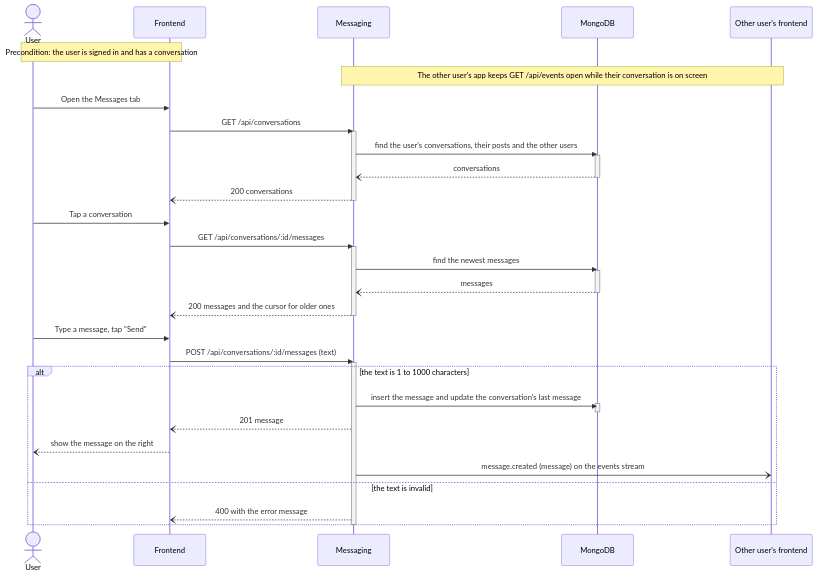
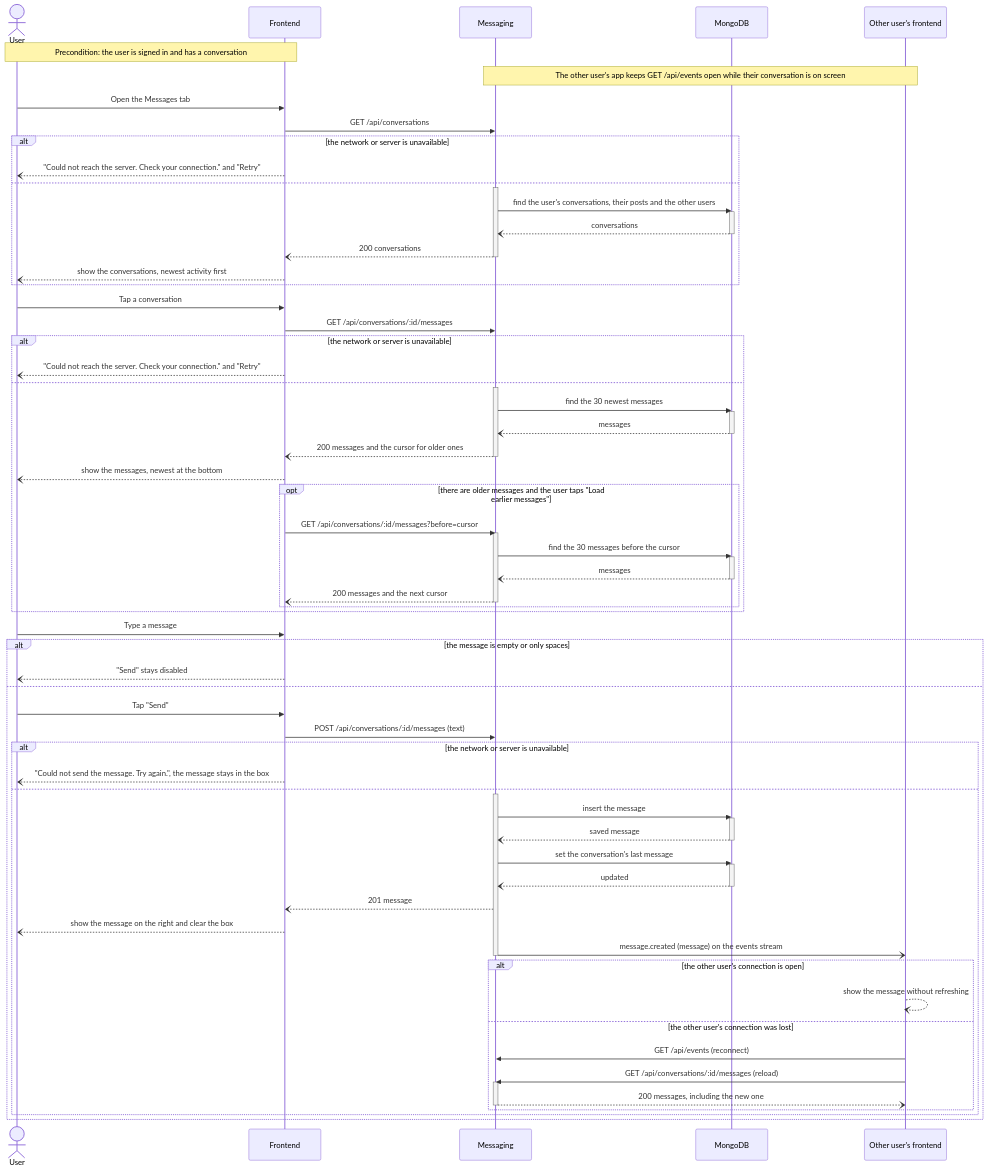
Before and after one commit to UBC-CPEN-V-321/W2026: the fifth of 6 diagrams in documentation/Requirements_and_Design.md, drawn with Mermaid. The commit also changed other lines of this file, not shown here.

Commit message:
docs: show every Send a Message failure in its sequence diagram (#212)

````diff
--- a/documentation/Requirements_and_Design.md
+++ b/documentation/Requirements_and_Design.md
@@ -614,42 +615,81 @@
 ```mermaid
 sequenceDiagram
     actor U as User
     participant FE as Frontend
     participant MS as Messaging
     participant DB as MongoDB
     participant O as Other user's frontend
     Note over U,FE: Precondition: the user is signed in and has a conversation
     Note over MS,O: The other user's app keeps GET /api/events open while their conversation is on screen
     U->>FE: Open the Messages tab
     FE->>MS: GET /api/conversations
-    activate MS
-    MS->>DB: find the user's conversations, their posts and the other users
-    activate DB
-    DB--)MS: conversations
-    deactivate DB
-    MS--)FE: 200 conversations
-    deactivate MS
+    alt the network or server is unavailable
+        FE--)U: "Could not reach the server. Check your connection." and "Retry"
+    else
+        activate MS
+        MS->>DB: find the user's conversations, their posts and the other users
+        activate DB
+        DB--)MS: conversations
+        deactivate DB
+        MS--)FE: 200 conversations
+        deactivate MS
+        FE--)U: show the conversations, newest activity first
+    end
     U->>FE: Tap a conversation
     FE->>MS: GET /api/conversations/:id/messages
-    activate MS
-    MS->>DB: find the newest messages
-    activate DB
-    DB--)MS: messages
-    deactivate DB
-    MS--)FE: 200 messages and the cursor for older ones
-    deactivate MS
-    U->>FE: Type a message, tap "Send"
-    FE->>MS: POST /api/conversations/:id/messages (text)
-    activate MS
-    alt the text is 1 to 1000 characters
-        MS->>DB: insert the message and update the conversation's last message
+    alt the network or server is unavailable
+        FE--)U: "Could not reach the server. Check your connection." and "Retry"
+    else
+        activate MS
+        MS->>DB: find the 30 newest messages
         activate DB
+        DB--)MS: messages
         deactivate DB
-        MS--)FE: 201 message
-        FE--)U: show the message on the right
-        MS-)O: message.created (message) on the events stream
-    else the text is invalid
-        MS--)FE: 400 with the error message
+        MS--)FE: 200 messages and the cursor for older ones
+        deactivate MS
+        FE--)U: show the messages, newest at the bottom
+        opt there are older messages and the user taps "Load earlier messages"
+            FE->>MS: GET /api/conversations/:id/messages?before=cursor
+            activate MS
+            MS->>DB: find the 30 messages before the cursor
+            activate DB
+            DB--)MS: messages
+            deactivate DB
+            MS--)FE: 200 messages and the next cursor
+            deactivate MS
+        end
     end
-    deactivate MS
+    U->>FE: Type a message
+    alt the message is empty or only spaces
+        FE--)U: "Send" stays disabled
+    else
+        U->>FE: Tap "Send"
+        FE->>MS: POST /api/conversations/:id/messages (text)
+        alt the network or server is unavailable
+            FE--)U: "Could not send the message. Try again.", the message stays in the box
+        else
+            activate MS
+            MS->>DB: insert the message
+            activate DB
+            DB--)MS: saved message
+            deactivate DB
+            MS->>DB: set the conversation's last message
+            activate DB
+            DB--)MS: updated
+            deactivate DB
+            MS--)FE: 201 message
+            FE--)U: show the message on the right and clear the box
+            MS-)O: message.created (message) on the events stream
+            deactivate MS
+            alt the other user's connection is open
+                O--)O: show the message without refreshing
+            else the other user's connection was lost
+                O->>MS: GET /api/events (reconnect)
+                O->>MS: GET /api/conversations/:id/messages (reload)
+                activate MS
+                MS--)O: 200 messages, including the new one
+                deactivate MS
+            end
+        end
+    end
 ```
````
